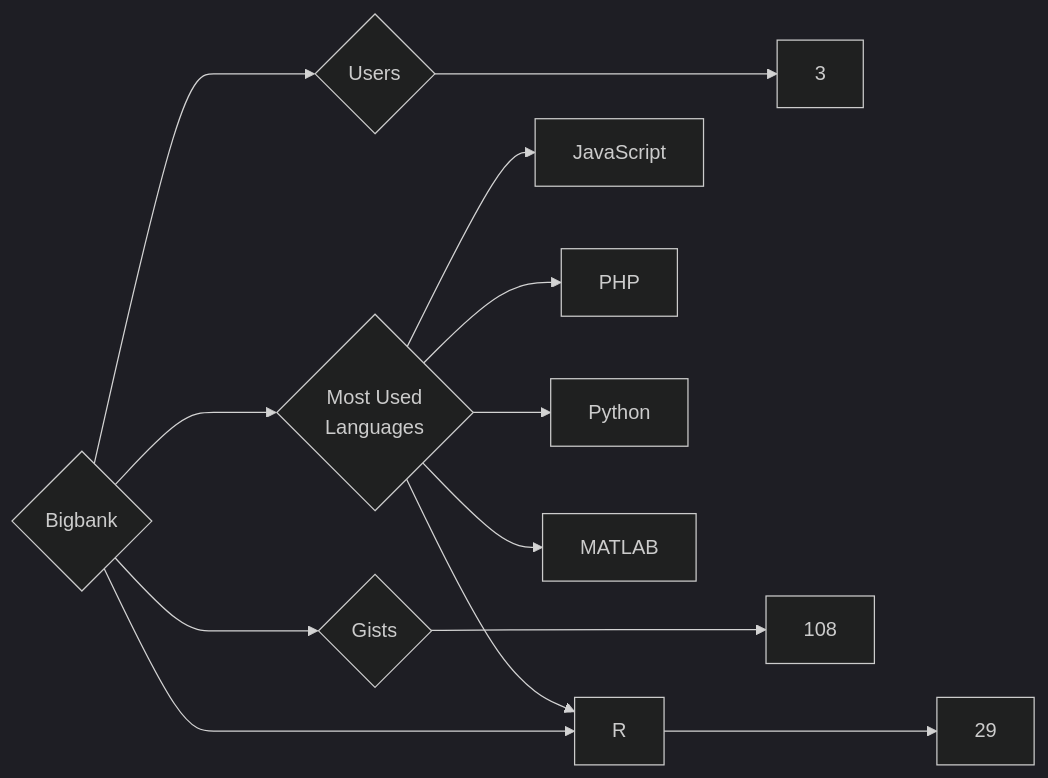
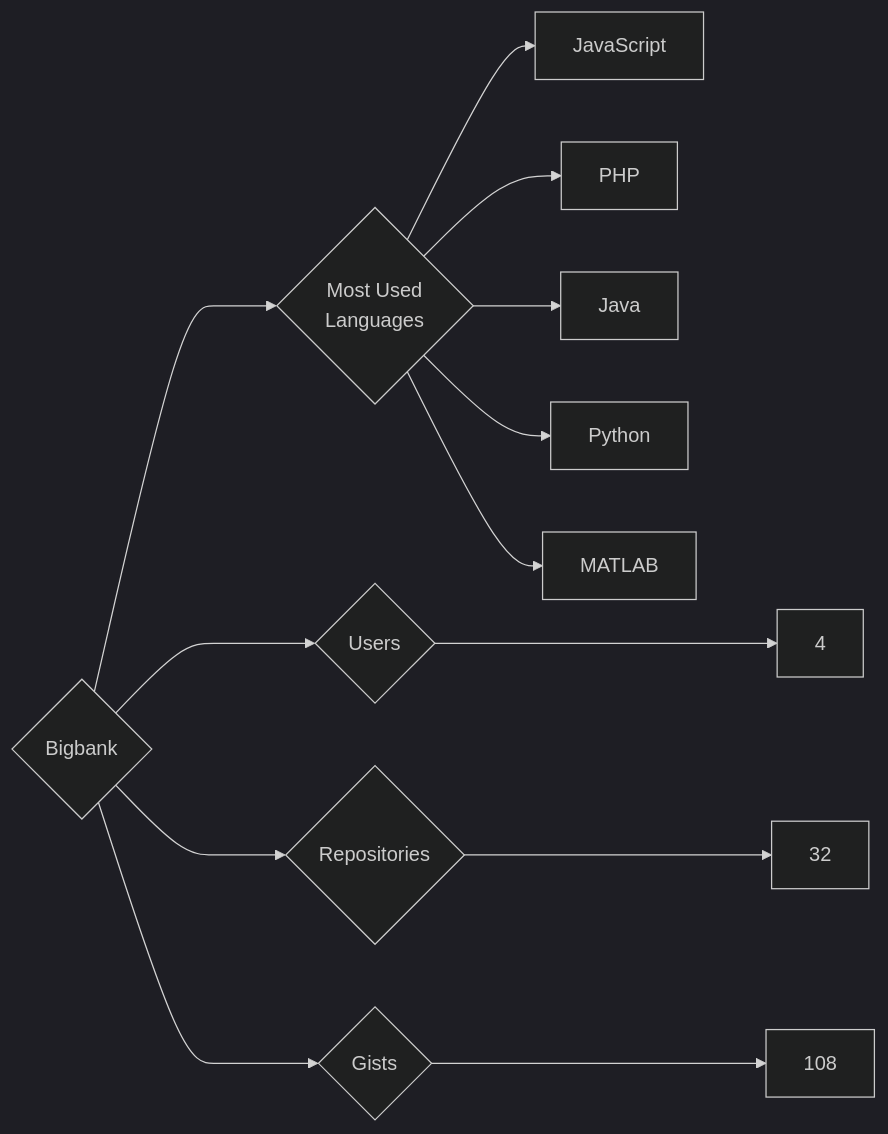
Before and after one commit to trickest/insiders: the diagram in targets/Bigbank/README.md, drawn with Mermaid (dark theme). The commit also changed 912 other files, not shown here.

````diff
--- a/targets/Bigbank/README.md
+++ b/targets/Bigbank/README.md
@@ -3,13 +3,13 @@
 ```mermaid
 graph LR
 COMPANY_NAME{Bigbank}
-COMPANY_NAME ---> U{Users} ---> UN[3]
-COMPANY_NAME ---> R{Repositories} ---> RN[29]
+COMPANY_NAME ---> U{Users} ---> UN[4]
+COMPANY_NAME ---> R{Repositories} ---> RN[32]
 COMPANY_NAME ---> G{Gists} ---> GN[108]
 COMPANY_NAME ---> ML{Most Used<br>Languages}
 ML --> JavaScript[JavaScript]
 ML --> PHP[PHP]
+ML --> Java[Java]
 ML --> Python[Python]
 ML --> MATLAB[MATLAB]
-ML --> R[R]
 ```
````
